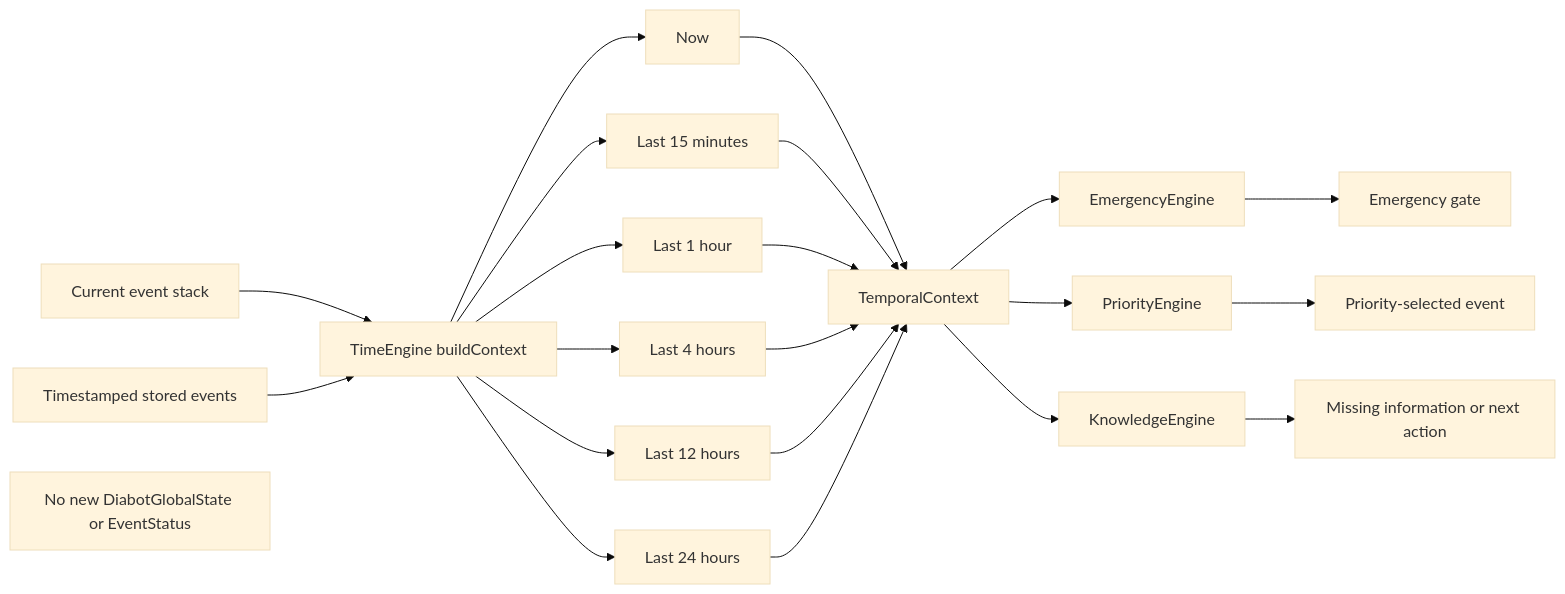
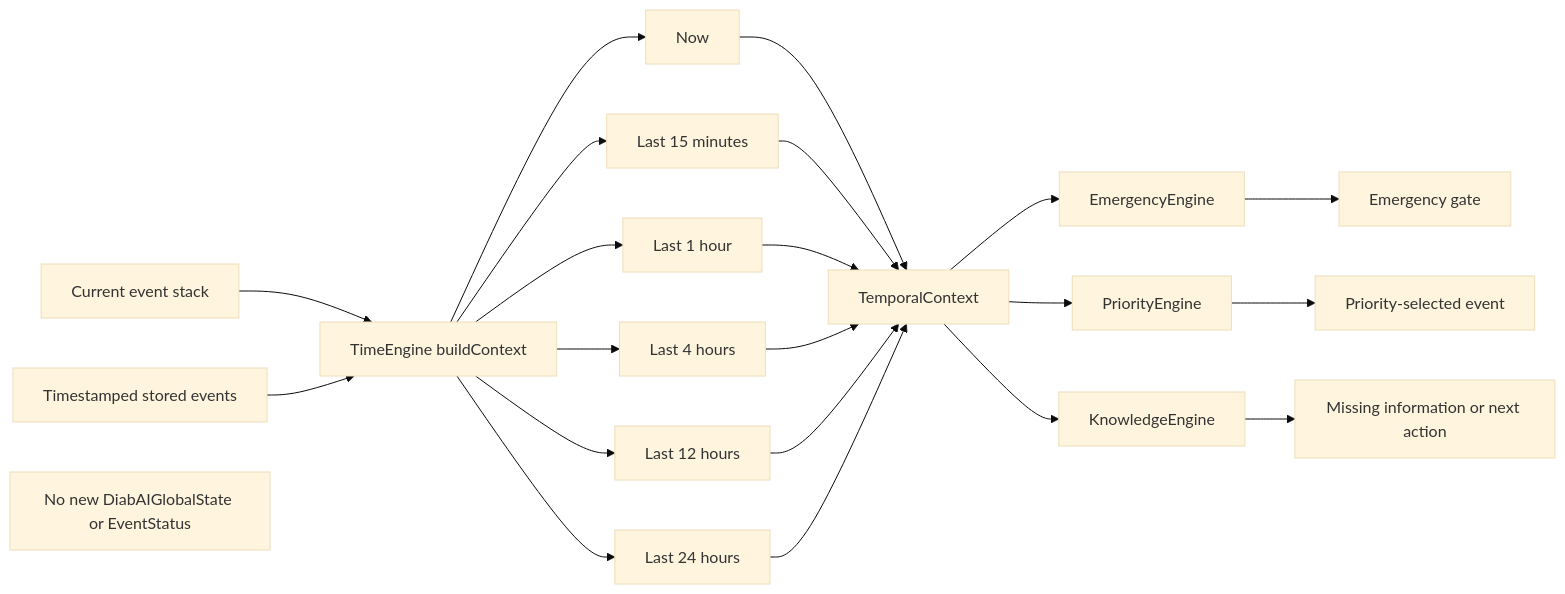
One commit to bioduds/diabot changed the diagram in diabot/docs/fsm/time_engine.mmd. Above: the diagram before and after it, drawn with Mermaid (base theme). The commit also changed 55 other files, not shown here.

```diff
--- a/diabot/docs/fsm/time_engine.mmd
+++ b/diabot/docs/fsm/time_engine.mmd
@@ -1,29 +1,29 @@
 %% fsm-contract: {"windows":[{"name":"last15Minutes","minutes":15},{"name":"last1Hour","minutes":60},{"name":"last4Hours","minutes":240},{"name":"last12Hours","minutes":720},{"name":"last24Hours","minutes":1440}],"eventTypes":["meal","exercise","insulin","symptoms","glucose"],"consumers":["emergency","priority","knowledge"],"timestamp":"createdAt","globalStateChange":false,"lifecycleChange":false}
 %% This contract is checked by test/fsm_mermaid_contract_test.dart.
 flowchart LR
   STACK[Current event stack] --> TIME[TimeEngine buildContext]
   HISTORY[Timestamped stored events] --> TIME
 
   TIME --> NOW[Now]
   TIME --> W15[Last 15 minutes]
   TIME --> W1[Last 1 hour]
   TIME --> W4[Last 4 hours]
   TIME --> W12[Last 12 hours]
   TIME --> W24[Last 24 hours]
 
   NOW --> CONTEXT[TemporalContext]
   W15 --> CONTEXT
   W1 --> CONTEXT
   W4 --> CONTEXT
   W12 --> CONTEXT
   W24 --> CONTEXT
 
   CONTEXT --> EMERGENCY[EmergencyEngine]
   CONTEXT --> PRIORITY[PriorityEngine]
   CONTEXT --> KNOWLEDGE[KnowledgeEngine]
 
   EMERGENCY --> GATE[Emergency gate]
   PRIORITY --> RESOLUTION[Priority-selected event]
   KNOWLEDGE --> MISSING[Missing information or next action]
 
-  NOTE[No new DiabotGlobalState or EventStatus]
+  NOTE[No new DiabAIGlobalState or EventStatus]
```
